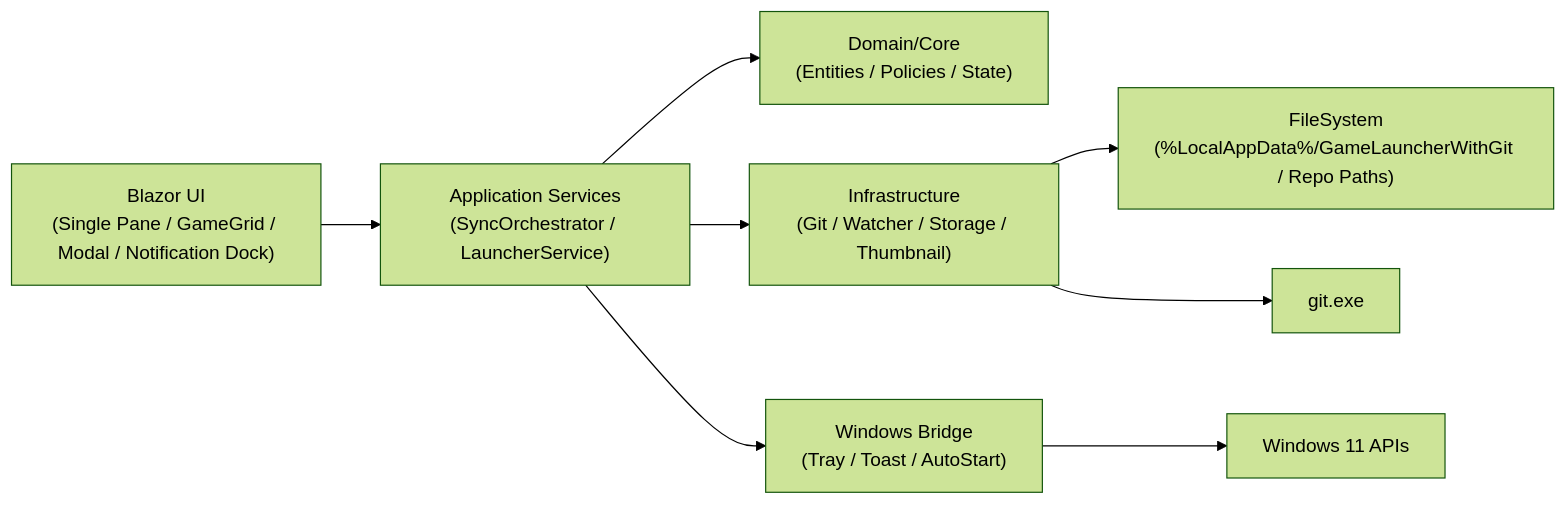
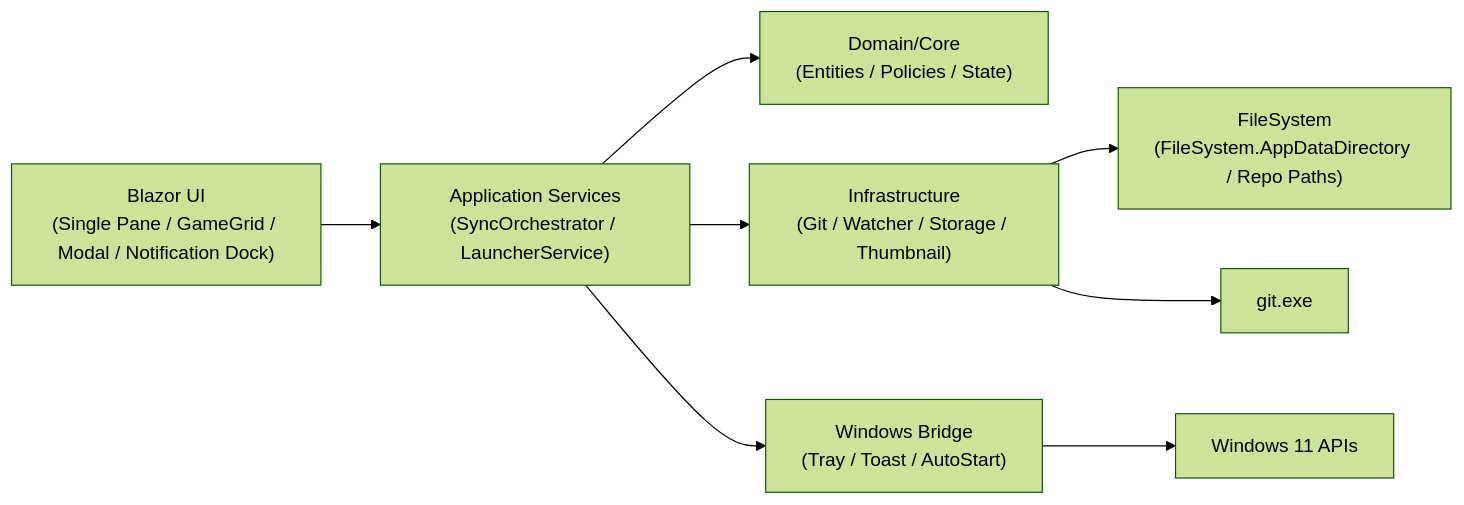
One commit to natumekazuki/GameLauncherWithGit changed the first of 3 diagrams in docs/design/maui-blazor-architecture.md. Above: the diagram before and after it, drawn with Mermaid (forest theme). The commit also changed other lines of this file and 7 other files, not shown here.

````diff
--- a/docs/design/maui-blazor-architecture.md
+++ b/docs/design/maui-blazor-architecture.md
@@ -18,10 +18,10 @@
 ```mermaid
 flowchart LR
     UI["Blazor UI\n(Single Pane / GameGrid / Modal / Notification Dock)"] --> APP["Application Services\n(SyncOrchestrator / LauncherService)"]
     APP --> CORE["Domain/Core\n(Entities / Policies / State)"]
     APP --> INFRA["Infrastructure\n(Git / Watcher / Storage / Thumbnail)"]
     APP --> WIN["Windows Bridge\n(Tray / Toast / AutoStart)"]
-    INFRA --> FS["FileSystem\n(%LocalAppData%/GameLauncherWithGit / Repo Paths)"]
+    INFRA --> FS["FileSystem\n(FileSystem.AppDataDirectory / Repo Paths)"]
     INFRA --> GIT["git.exe"]
     WIN --> OS["Windows 11 APIs"]
 ```
````
